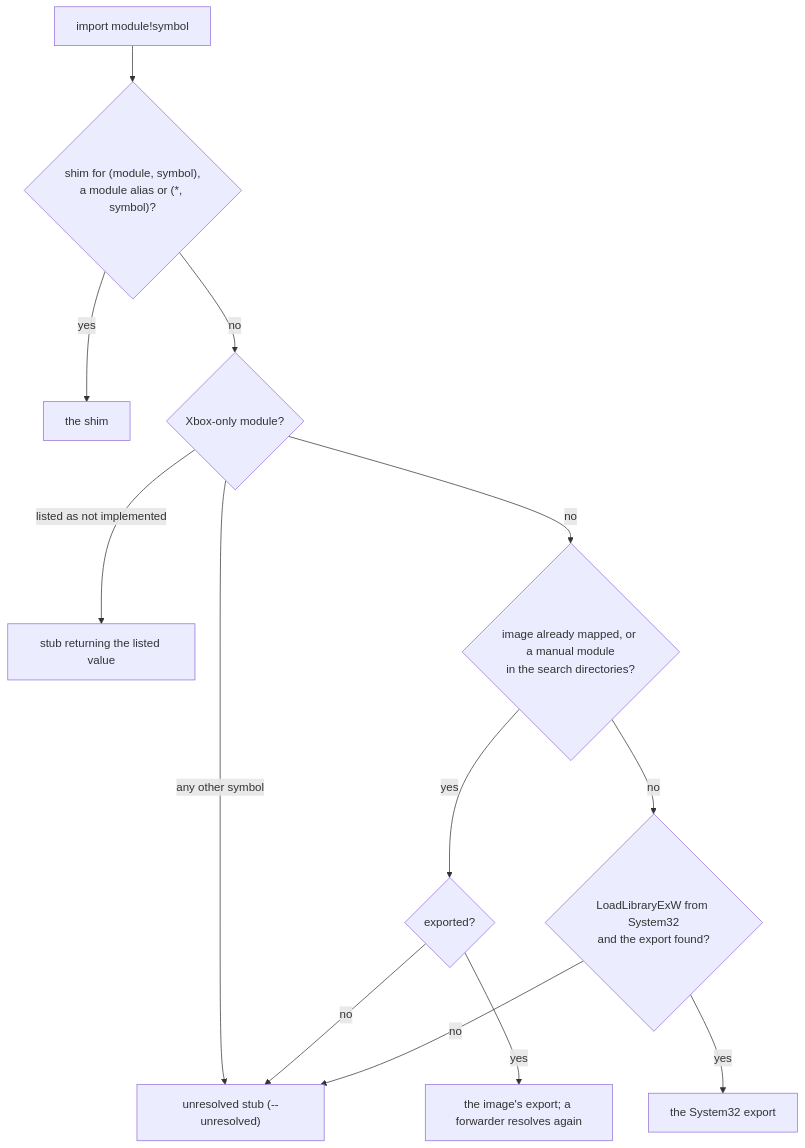
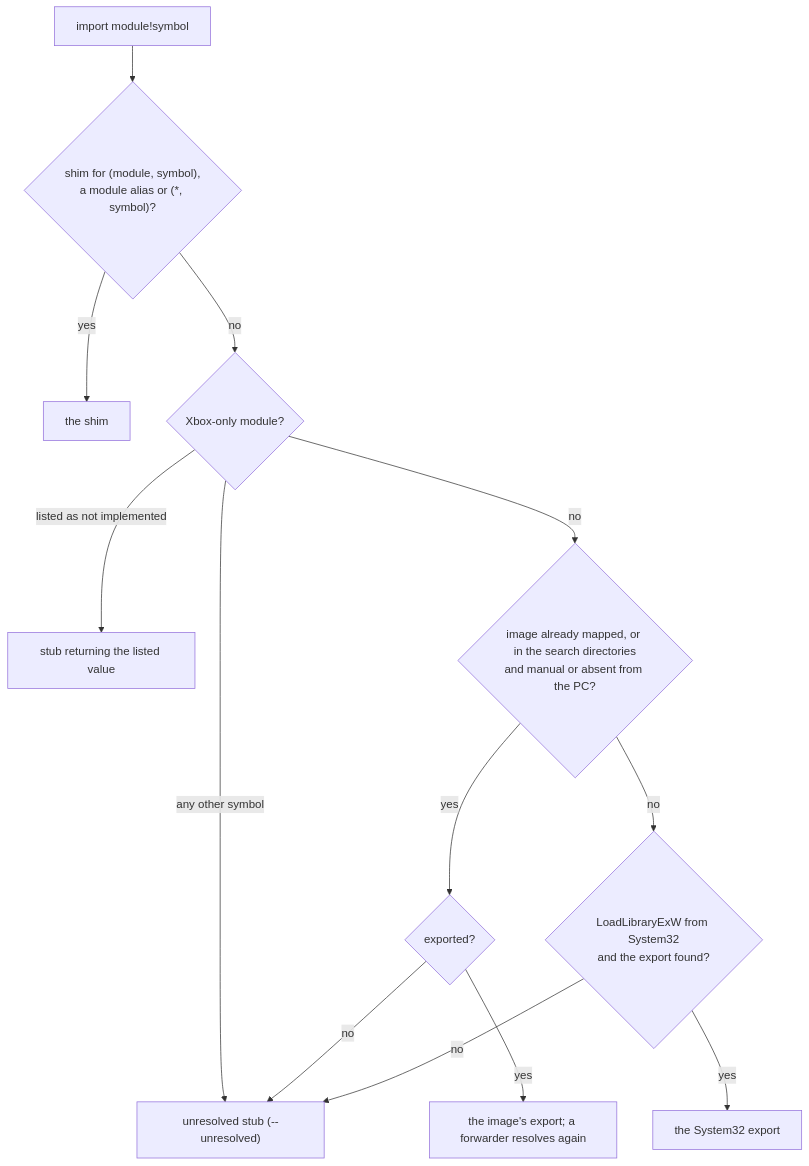
One commit to Elijah-J/five-star-recomp changed the second of 3 diagrams in docs/loader.md. Above: the diagram before and after it, drawn with Mermaid. The commit also changed other lines of this file and 16 other files, not shown here.

````diff
--- a/docs/loader.md
+++ b/docs/loader.md
@@ -39,16 +39,16 @@
 ```mermaid
 flowchart TD
   unres["unresolved stub (--unresolved)"]
   imp["import module!symbol"] --> shim{"shim for (module, symbol),<br/>a module alias or (*, symbol)?"}
   shim -->|"yes"| bshim["the shim"]
   shim -->|"no"| xbox{"Xbox-only module?"}
   xbox -->|"listed as not implemented"| ni["stub returning the listed value"]
   xbox -->|"any other symbol"| unres
-  xbox -->|"no"| img{"image already mapped, or a manual module<br/>in the search directories?"}
+  xbox -->|"no"| img{"image already mapped, or in the search directories<br/>and manual or absent from the PC?"}
   img -->|"yes"| exp{"exported?"}
   exp -->|"yes"| bimg["the image's export; a forwarder resolves again"]
   exp -->|"no"| unres
   img -->|"no"| sys{"LoadLibraryExW from System32<br/>and the export found?"}
   sys -->|"yes"| bsys["the System32 export"]
   sys -->|"no"| unres
 ```
````
